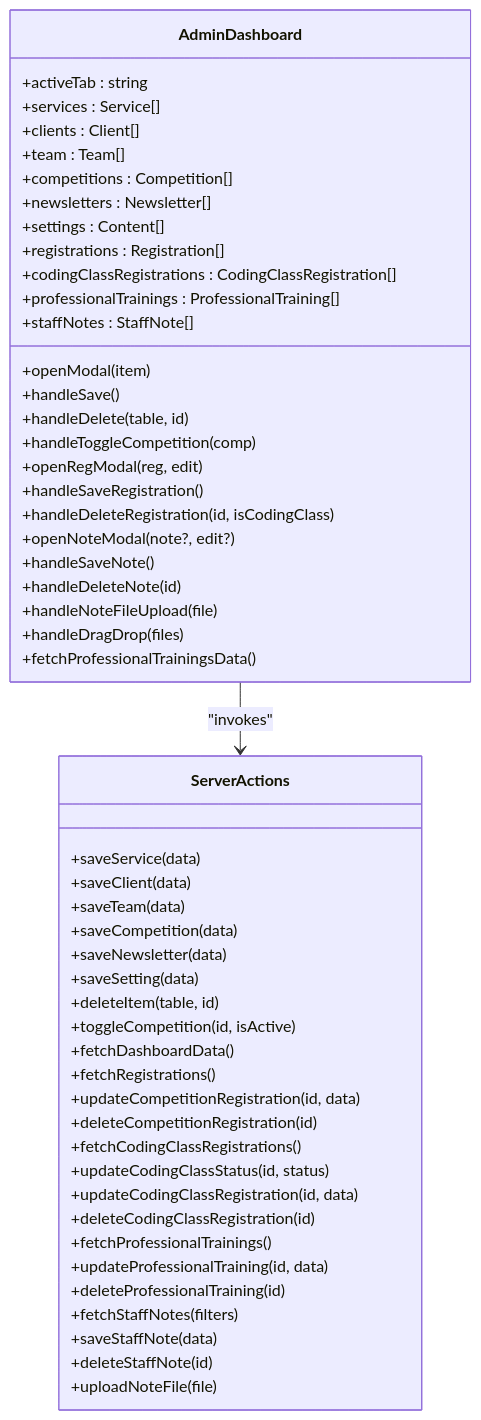
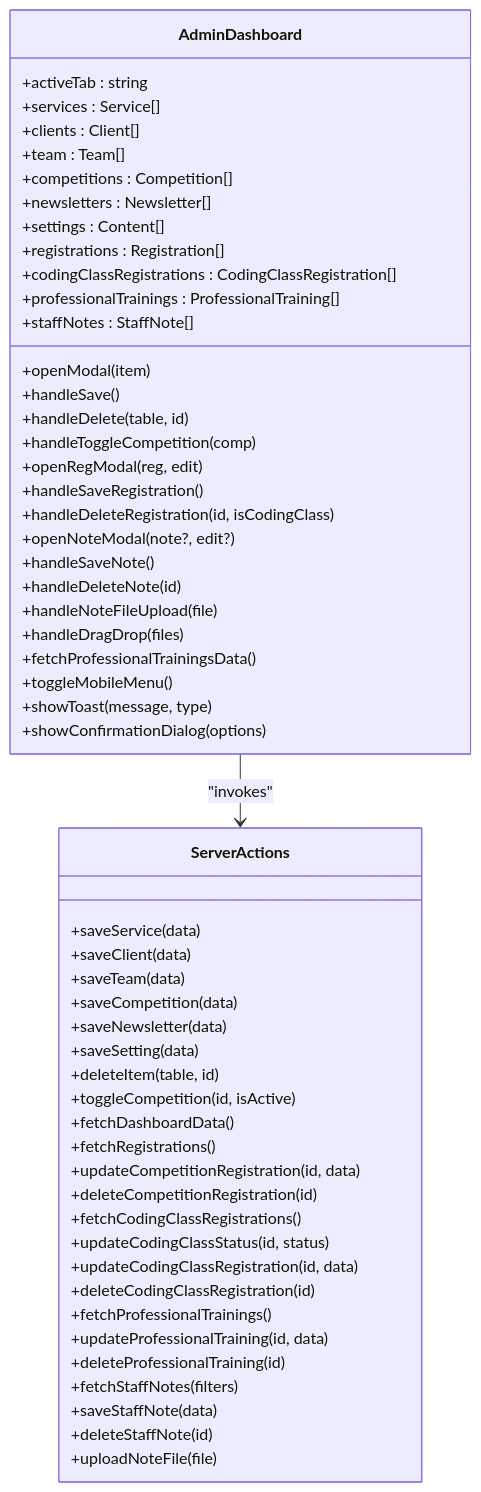
Before and after one commit to Black-box01/rhemaexpertsolutions: the fifth of 13 diagrams in .qoder/repowiki/en/content/Pages and Routing/Admin Interface.md, drawn with Mermaid. The commit also changed other lines of this file and 37 other files, not shown here.

````diff
--- a/.qoder/repowiki/en/content/Pages and Routing/Admin Interface.md
+++ b/.qoder/repowiki/en/content/Pages and Routing/Admin Interface.md
@@ -245,55 +249,58 @@
 ```mermaid
 classDiagram
 class AdminDashboard {
 +activeTab : string
 +services : Service[]
 +clients : Client[]
 +team : Team[]
 +competitions : Competition[]
 +newsletters : Newsletter[]
 +settings : Content[]
 +registrations : Registration[]
 +codingClassRegistrations : CodingClassRegistration[]
 +professionalTrainings : ProfessionalTraining[]
 +staffNotes : StaffNote[]
 +openModal(item)
 +handleSave()
 +handleDelete(table, id)
 +handleToggleCompetition(comp)
 +openRegModal(reg, edit)
 +handleSaveRegistration()
 +handleDeleteRegistration(id, isCodingClass)
 +openNoteModal(note?, edit?)
 +handleSaveNote()
 +handleDeleteNote(id)
 +handleNoteFileUpload(file)
 +handleDragDrop(files)
 +fetchProfessionalTrainingsData()
++toggleMobileMenu()
++showToast(message, type)
++showConfirmationDialog(options)
 }
 class ServerActions {
 +saveService(data)
 +saveClient(data)
 +saveTeam(data)
 +saveCompetition(data)
 +saveNewsletter(data)
 +saveSetting(data)
 +deleteItem(table, id)
 +toggleCompetition(id, isActive)
 +fetchDashboardData()
 +fetchRegistrations()
 +updateCompetitionRegistration(id, data)
 +deleteCompetitionRegistration(id)
 +fetchCodingClassRegistrations()
 +updateCodingClassStatus(id, status)
 +updateCodingClassRegistration(id, data)
 +deleteCodingClassRegistration(id)
 +fetchProfessionalTrainings()
 +updateProfessionalTraining(id, data)
 +deleteProfessionalTraining(id)
 +fetchStaffNotes(filters)
 +saveStaffNote(data)
 +deleteStaffNote(id)
 +uploadNoteFile(file)
 }
 AdminDashboard --> ServerActions : "invokes"
 ```
````
